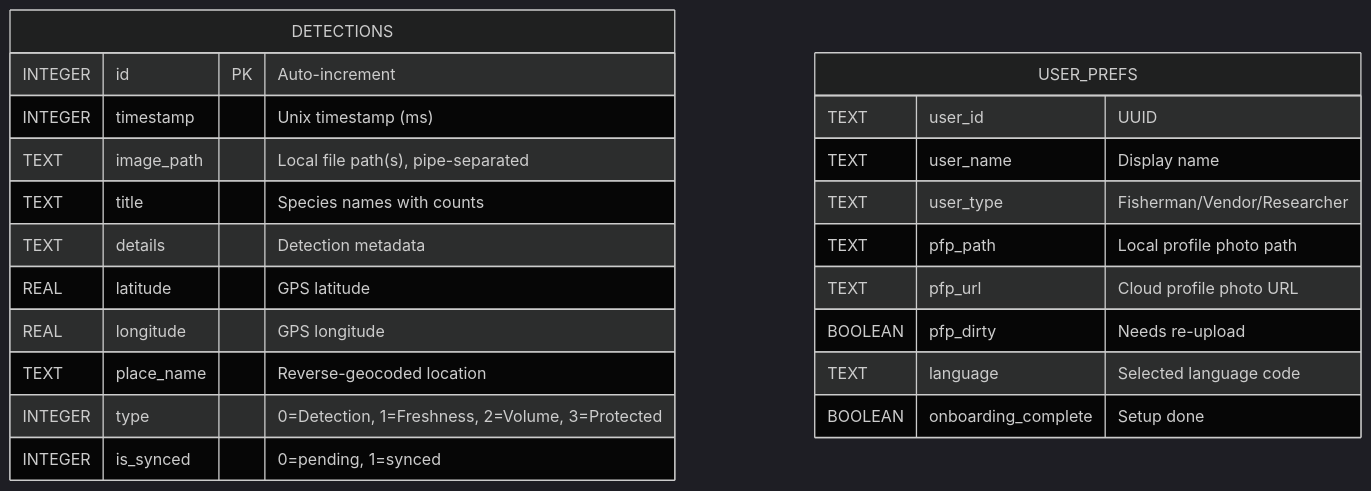
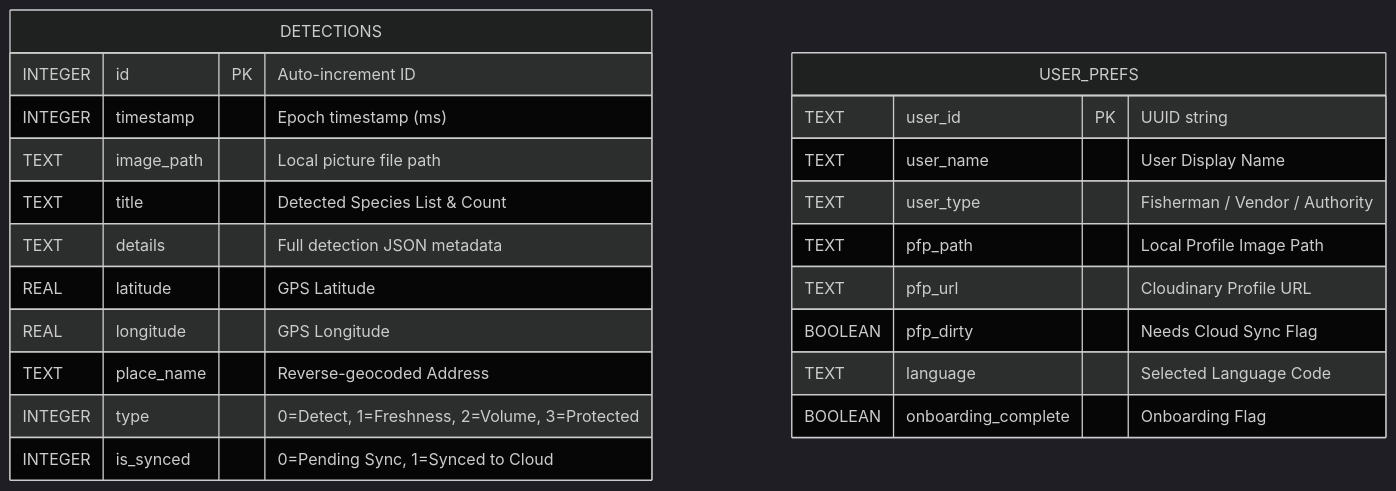
The seventh of 9 diagrams in README.md (Rahul9969/AquaVision), drawn with Mermaid (dark theme) before and after one commit. The commit also changed other lines of this file and 44 other files, not shown here.

Commit message:
feat: Add YOLOv11 & ONNX freshness engines, AR 3D depth processor, local RAG fisheries knowledge base, EEZ geofence updates, and hackathon README documentation

````diff
--- a/README.md
+++ b/README.md
@@ -235,26 +304,26 @@
 ```mermaid
 erDiagram
     DETECTIONS {
-        INTEGER id PK "Auto-increment"
-        INTEGER timestamp "Unix timestamp (ms)"
-        TEXT image_path "Local file path(s), pipe-separated"
-        TEXT title "Species names with counts"
-        TEXT details "Detection metadata"
-        REAL latitude "GPS latitude"
-        REAL longitude "GPS longitude"
-        TEXT place_name "Reverse-geocoded location"
-        INTEGER type "0=Detection, 1=Freshness, 2=Volume, 3=Protected"
-        INTEGER is_synced "0=pending, 1=synced"
+        INTEGER id PK "Auto-increment ID"
+        INTEGER timestamp "Epoch timestamp (ms)"
+        TEXT image_path "Local picture file path"
+        TEXT title "Detected Species List & Count"
+        TEXT details "Full detection JSON metadata"
+        REAL latitude "GPS Latitude"
+        REAL longitude "GPS Longitude"
+        TEXT place_name "Reverse-geocoded Address"
+        INTEGER type "0=Detect, 1=Freshness, 2=Volume, 3=Protected"
+        INTEGER is_synced "0=Pending Sync, 1=Synced to Cloud"
     }
 
     USER_PREFS {
-        TEXT user_id "UUID"
-        TEXT user_name "Display name"
-        TEXT user_type "Fisherman/Vendor/Researcher"
-        TEXT pfp_path "Local profile photo path"
-        TEXT pfp_url "Cloud profile photo URL"
-        BOOLEAN pfp_dirty "Needs re-upload"
-        TEXT language "Selected language code"
-        BOOLEAN onboarding_complete "Setup done"
+        TEXT user_id PK "UUID string"
+        TEXT user_name "User Display Name"
+        TEXT user_type "Fisherman / Vendor / Authority"
+        TEXT pfp_path "Local Profile Image Path"
+        TEXT pfp_url "Cloudinary Profile URL"
+        BOOLEAN pfp_dirty "Needs Cloud Sync Flag"
+        TEXT language "Selected Language Code"
+        BOOLEAN onboarding_complete "Onboarding Flag"
     }
 ```
````
